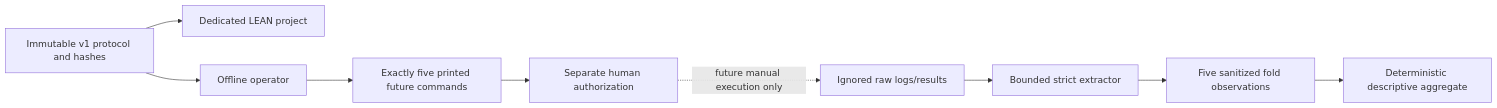
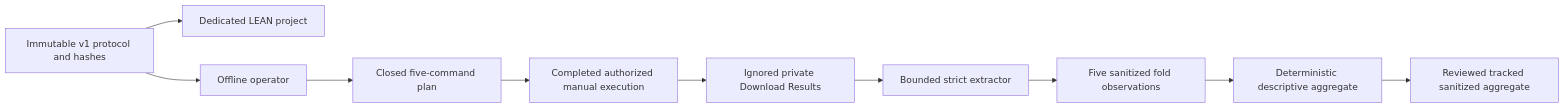
The fourth of 4 diagrams in docs/architecture.md (WaZaHaKa/trading-bot-lab), drawn with Mermaid before and after one commit. The commit also changed other lines of this file and 13 other files, not shown here.

````diff
--- a/docs/architecture.md
+++ b/docs/architecture.md
@@ -141,11 +141,12 @@
 ```mermaid
 flowchart LR
     P["Immutable v1 protocol and hashes"] --> W["Dedicated LEAN project"]
     P --> O["Offline operator"]
-    O --> C["Exactly five printed future commands"]
-    C --> H["Separate human authorization"]
-    H -. "future manual execution only" .-> R["Ignored raw logs/results"]
+    O --> C["Closed five-command plan"]
+    C --> H["Completed authorized manual execution"]
+    H --> R["Ignored private Download Results"]
     R --> E["Bounded strict extractor"]
     E --> F["Five sanitized fold observations"]
     F --> A["Deterministic descriptive aggregate"]
+    A --> T["Reviewed tracked sanitized aggregate"]
 ```
````
